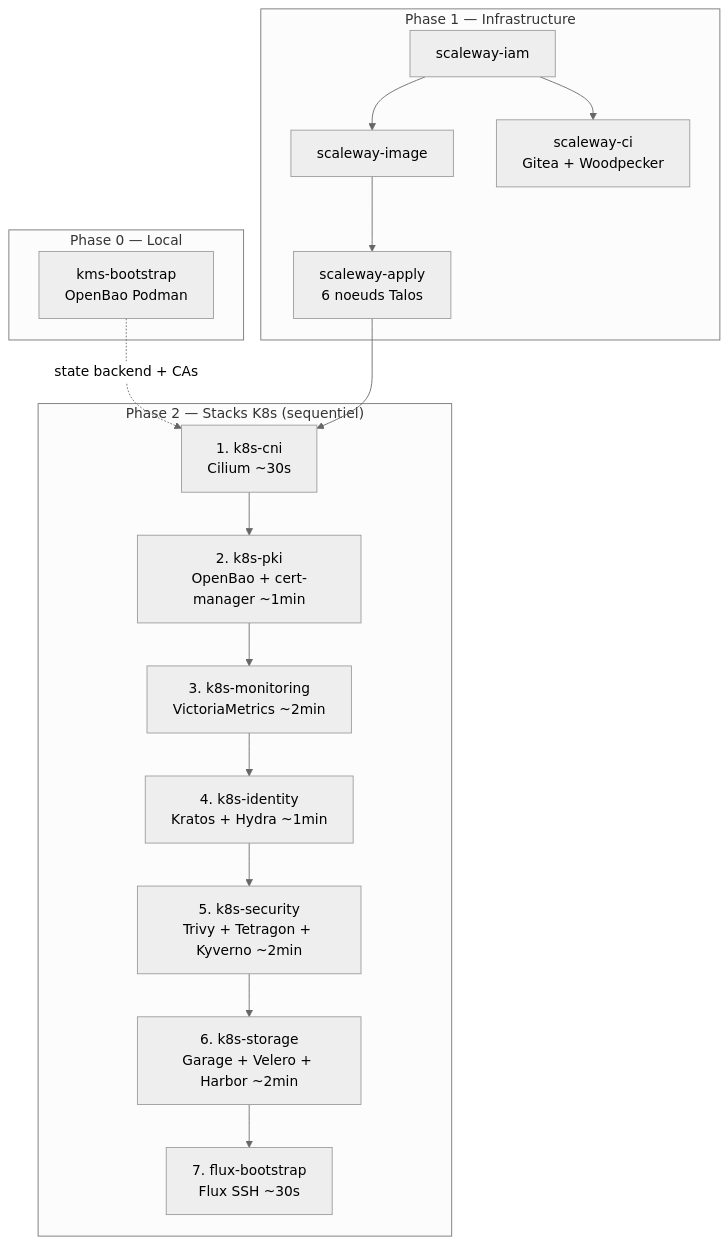
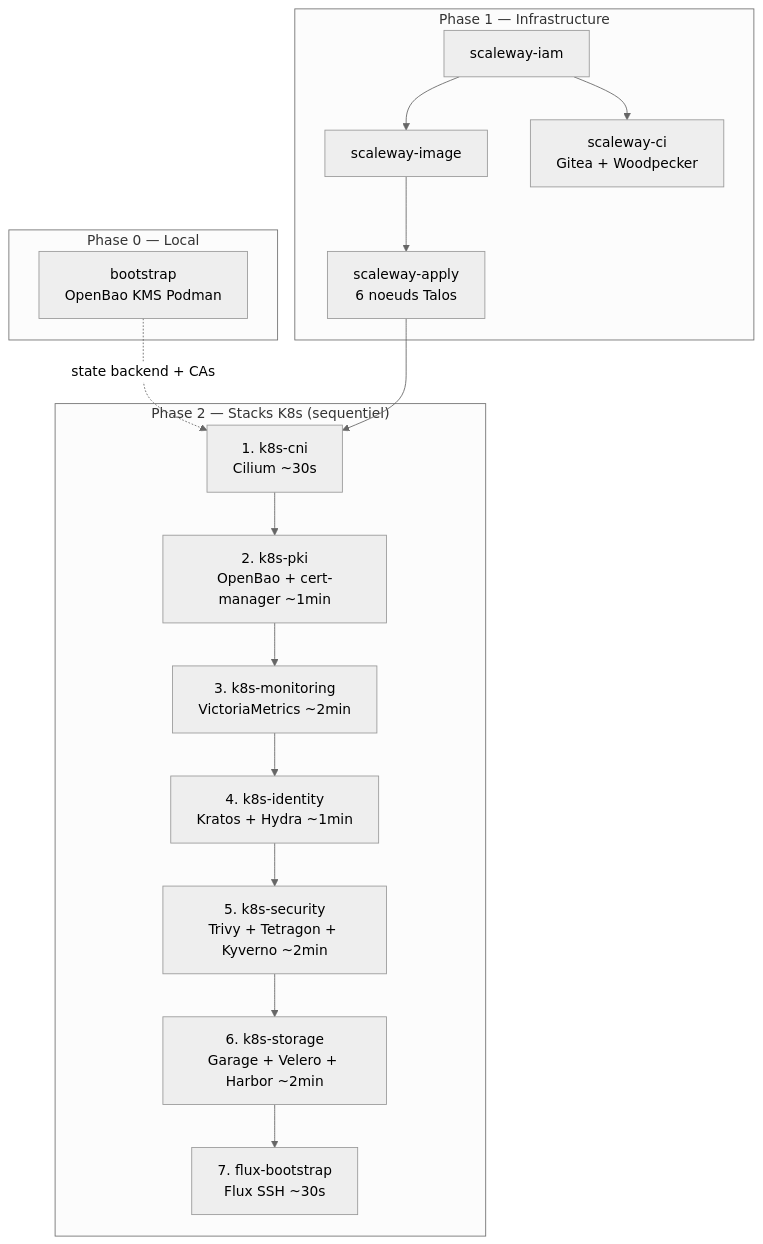
One commit to Destynova2/st4ck changed the second of 8 diagrams in docs/explanation/architecture.md. Above: the diagram before and after it, drawn with Mermaid (neutral theme). The commit also changed other lines of this file and 25 other files, not shown here.

First line of the commit message:
docs: align docs with ADR-033 OpenBao/ESO/Flux ownership model

````diff
--- a/docs/explanation/architecture.md
+++ b/docs/explanation/architecture.md
@@ -24,27 +24,27 @@
 ```mermaid
 graph TB
     subgraph "Phase 0 — Local"
-        KMS[kms-bootstrap<br/>OpenBao Podman]
+        KMS[bootstrap<br/>OpenBao KMS Podman]
     end
 
     subgraph "Phase 1 — Infrastructure"
         IAM[scaleway-iam] --> IMG[scaleway-image]
         IAM --> CI_VM[scaleway-ci<br/>Gitea + Woodpecker]
         IMG --> CLUSTER[scaleway-apply<br/>6 noeuds Talos]
     end
 
     subgraph "Phase 2 — Stacks K8s (sequentiel)"
         CNI[1. k8s-cni<br/>Cilium ~30s]
         PKI[2. k8s-pki<br/>OpenBao + cert-manager ~1min]
         MON[3. k8s-monitoring<br/>VictoriaMetrics ~2min]
         IDN[4. k8s-identity<br/>Kratos + Hydra ~1min]
         SEC[5. k8s-security<br/>Trivy + Tetragon + Kyverno ~2min]
         STO[6. k8s-storage<br/>Garage + Velero + Harbor ~2min]
         FLUXB[7. flux-bootstrap<br/>Flux SSH ~30s]
 
         CNI --> PKI --> MON --> IDN --> SEC --> STO --> FLUXB
     end
 
     KMS -.->|state backend + CAs| CNI
     CLUSTER --> CNI
 ```
````
